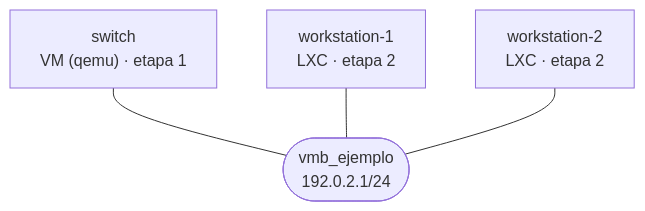
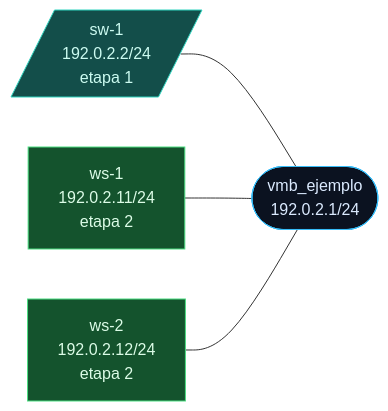
One commit to MagicJF/netlabs-iac changed the diagram in labs/01_ejemplo-topologia/01_ejemplo-topologia.md. Above: the diagram before and after it, drawn with Mermaid. The commit also changed other lines of this file and 24 other files, not shown here.

````diff
--- a/labs/01_ejemplo-topologia/01_ejemplo-topologia.md
+++ b/labs/01_ejemplo-topologia/01_ejemplo-topologia.md
@@ -24,10 +24,18 @@
 ```mermaid
-graph TD
-    b_vmb_ejemplo(["vmb_ejemplo<br/>192.0.2.1/24"])
-    i_switch["switch<br/>VM (qemu) · etapa 1"]
+graph LR
+    classDef segmento fill:#0b1220,stroke:#38bdf8,color:#dbeafe;
+    classDef salida fill:#111827,stroke:#9ca3af,color:#e5e7eb,stroke-dasharray:4 3;
+    classDef rt fill:#7c2d12,stroke:#fb923c,color:#ffedd5;
+    classDef fw fill:#701a1a,stroke:#f87171,color:#fee2e2;
+    classDef sw fill:#134e4a,stroke:#2dd4bf,color:#ccfbf1;
+    classDef srv fill:#1e3a8a,stroke:#60a5fa,color:#dbeafe;
+    classDef ws fill:#14532d,stroke:#4ade80,color:#dcfce7;
+    classDef ctl fill:#4c1d95,stroke:#a78bfa,color:#ede9fe;
+    b_vmb_ejemplo(["vmb_ejemplo<br/>192.0.2.1/24"]):::segmento
+    i_switch[/"sw-1<br/>192.0.2.2/24<br/>etapa 1"/]:::sw
     i_switch --- b_vmb_ejemplo
-    i_workstation_1["workstation-1<br/>LXC · etapa 2"]
+    i_workstation_1["ws-1<br/>192.0.2.11/24<br/>etapa 2"]:::ws
     i_workstation_1 --- b_vmb_ejemplo
-    i_workstation_2["workstation-2<br/>LXC · etapa 2"]
+    i_workstation_2["ws-2<br/>192.0.2.12/24<br/>etapa 2"]:::ws
     i_workstation_2 --- b_vmb_ejemplo
 ```
````
